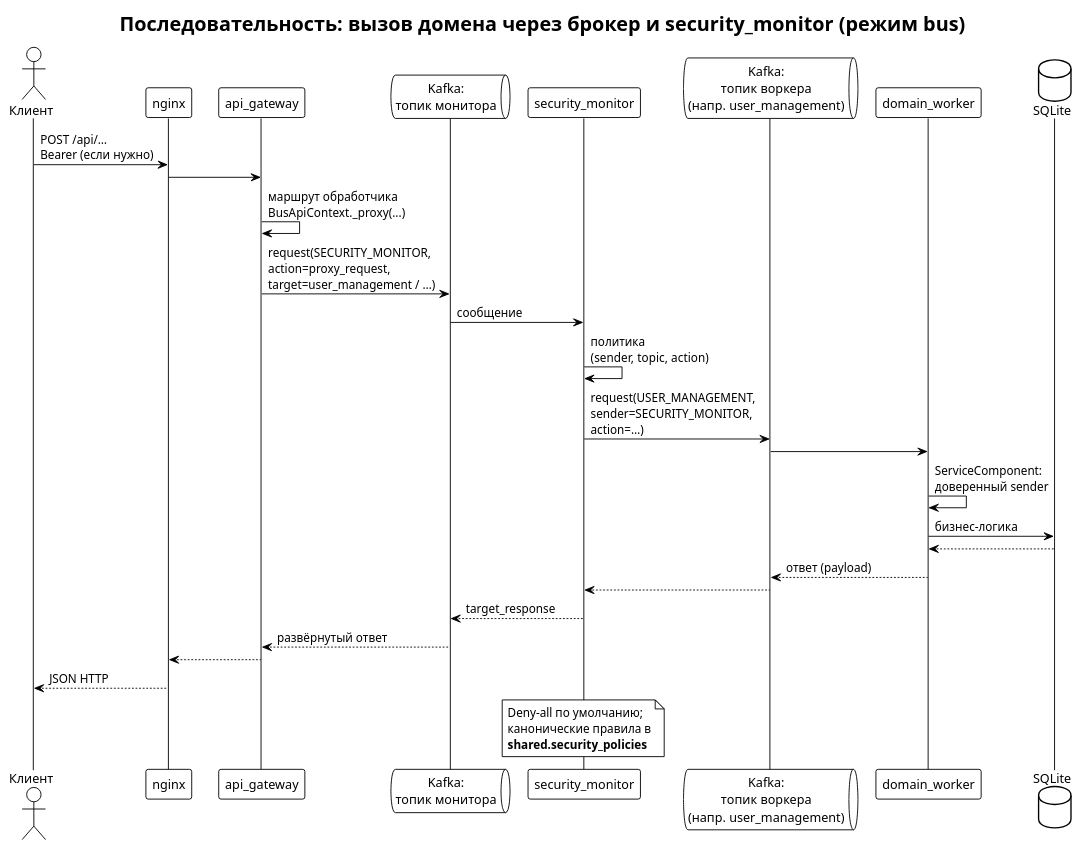
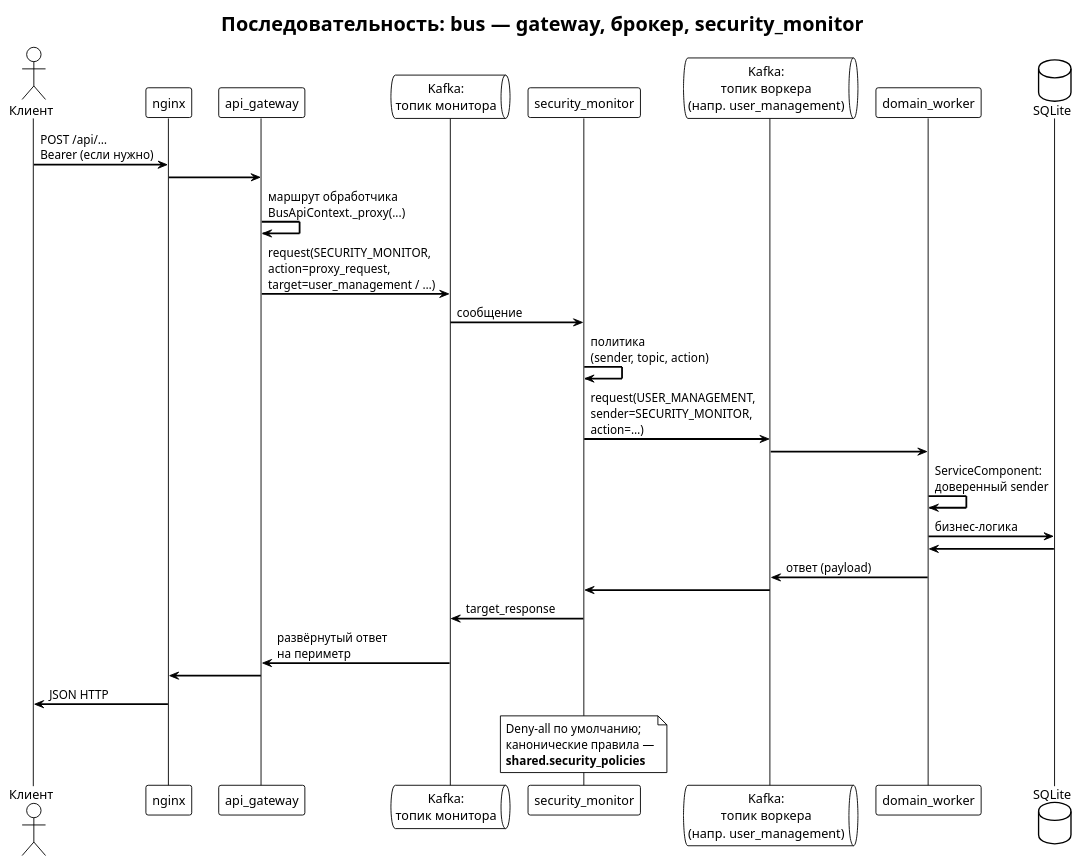
The diagram in systems/uas_dev_company/docs/diagrams/sequence_broker_proxy.puml (sergeysobolev-spbu/sbd-drones-economics), drawn with PlantUML before and after one commit. The commit also changed 108 other files, not shown here.

```diff
--- a/systems/uas_dev_company/docs/diagrams/sequence_broker_proxy.puml
+++ b/systems/uas_dev_company/docs/diagrams/sequence_broker_proxy.puml
@@ -1,39 +1,41 @@
 @startuml sequence_broker_proxy
 !theme plain
-title Последовательность: вызов домена через брокер и security_monitor (режим bus)
+title Последовательность: bus — gateway, брокер, security_monitor
+
+skinparam ArrowThickness 2
 
 actor "Клиент" as U
 participant "nginx" as N
 participant "api_gateway" as G
 queue "Kafka:\nтопик монитора" as K1
 participant "security_monitor" as M
 queue "Kafka:\nтопик воркера\n(напр. user_management)" as K2
 participant "domain_worker" as W
 database "SQLite" as DB
 
 U -> N : POST /api/…\nBearer (если нужно)
 N -> G
 G -> G : маршрут обработчика\nBusApiContext._proxy(...)
 
 G -> K1 : request(SECURITY_MONITOR,\naction=proxy_request,\ntarget=user_management / …)
 K1 -> M : сообщение
 M -> M : политика\n(sender, topic, action)
 M -> K2 : request(USER_MANAGEMENT,\nsender=SECURITY_MONITOR,\naction=…)
 K2 -> W
 W -> W : ServiceComponent:\nдоверенный sender
 W -> DB : бизнес-логика
-DB --> W
-W --> K2 : ответ (payload)
-K2 --> M
-M --> K1 : target_response
-K1 --> G : развёрнутый ответ
-G --> N
-N --> U : JSON HTTP
+DB -> W
+W -> K2 : ответ (payload)
+K2 -> M
+M -> K1 : target_response
+K1 -> G : развёрнутый ответ\nна периметр
+G -> N
+N -> U : JSON HTTP
 
 note over M
   Deny-all по умолчанию;
-  канонические правила в
+  канонические правила —
   **shared.security_policies**
 end note
 
 @enduml
```
